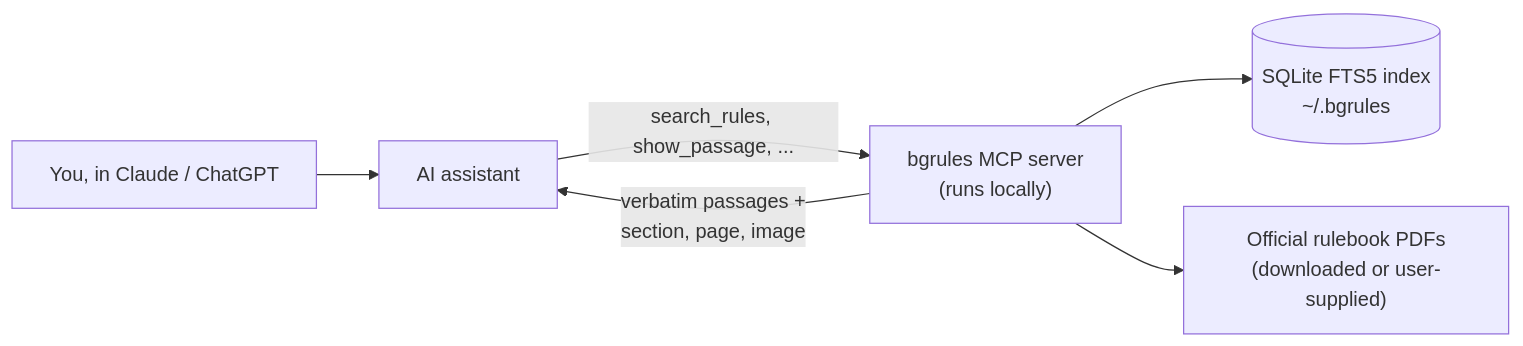
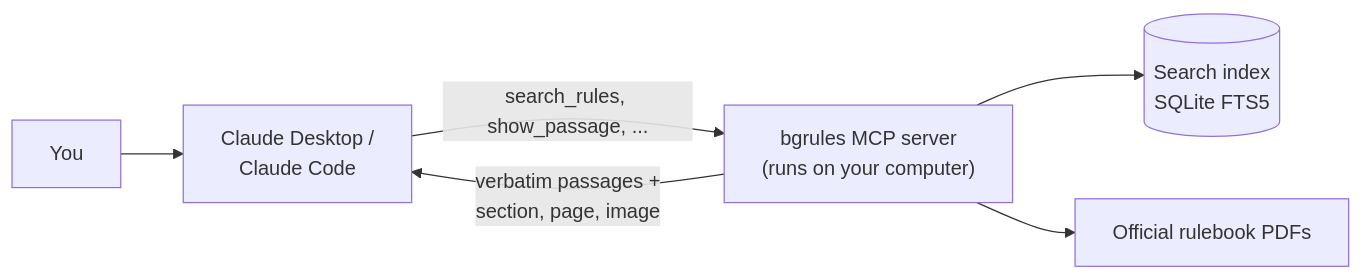
One commit to sbcooney/boardgame-rules-mcp changed the diagram in README.md. Above: the diagram before and after it, drawn with Mermaid. The commit also changed other lines of this file, not shown here.

````diff
--- a/README.md
+++ b/README.md
@@ -27,8 +25,8 @@
 ```mermaid
 flowchart LR
-    U["You, in Claude / ChatGPT"] --> M[AI assistant]
-    M -- "search_rules, show_passage, ..." --> S["bgrules MCP server<br/>(runs locally)"]
-    S --> I[("SQLite FTS5 index<br/>~/.bgrules")]
-    S --> P["Official rulebook PDFs<br/>(downloaded or user-supplied)"]
+    U[You] --> M["Claude Desktop /<br/>Claude Code"]
+    M -- "search_rules, show_passage, ..." --> S["bgrules MCP server<br/>(runs on your computer)"]
+    S --> I[("Search index<br/>SQLite FTS5")]
+    S --> P["Official rulebook PDFs"]
     S -- "verbatim passages +<br/>section, page, image" --> M
 ```
````
